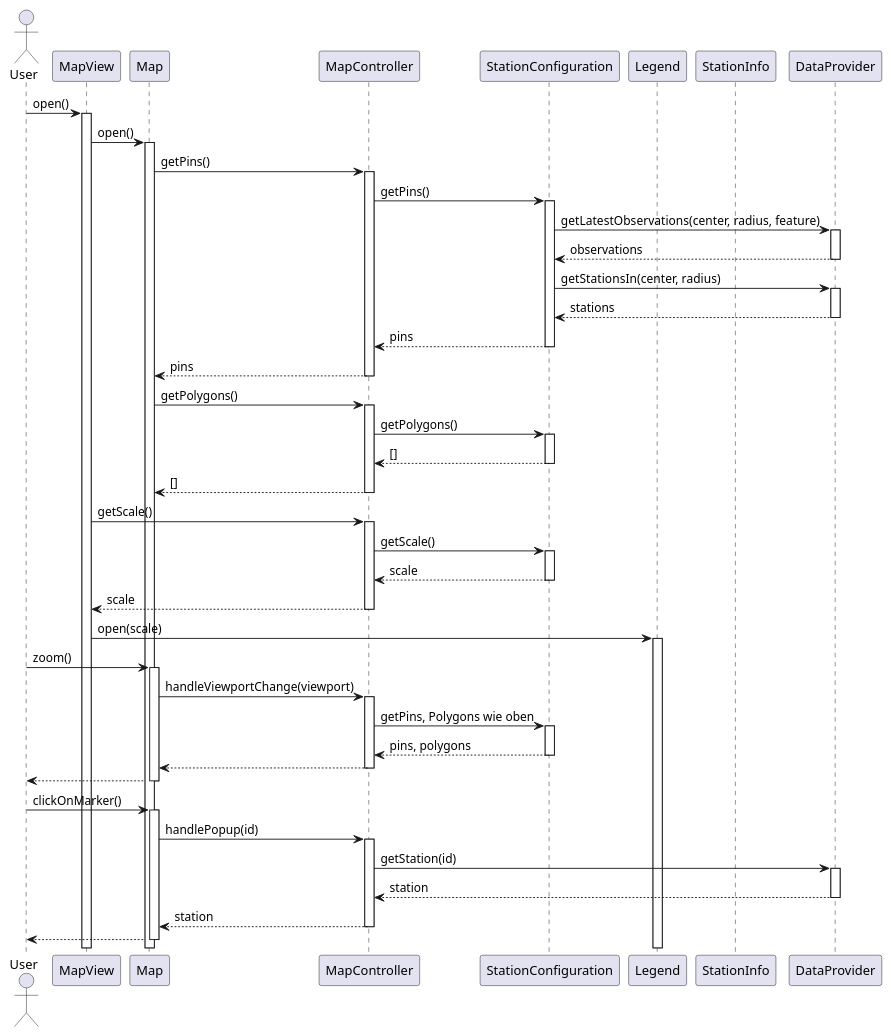
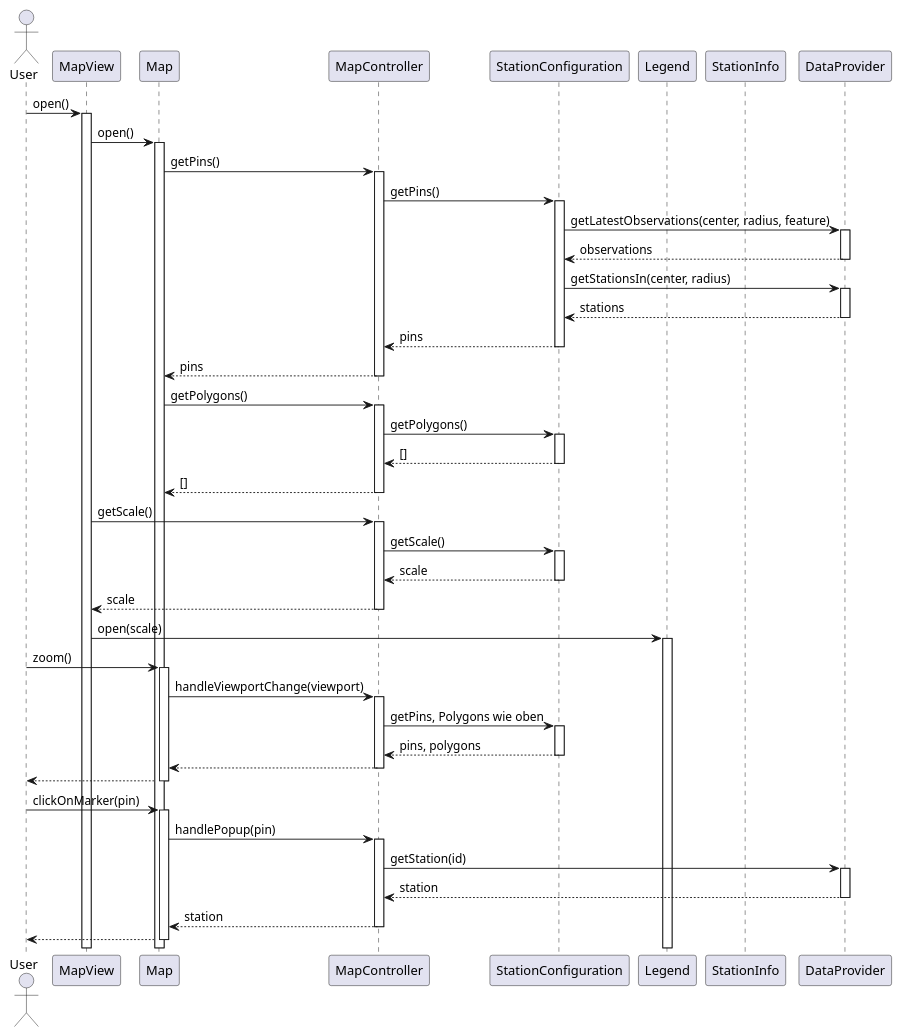
One commit to JonaEnz/pse-airquality-1 changed the diagram in Entwurf/PlantUML/MapPageTest.puml. Above: the diagram before and after it, drawn with PlantUML. The commit also changed 3 other files, not shown here.

```diff
--- a/Entwurf/PlantUML/MapPageTest.puml
+++ b/Entwurf/PlantUML/MapPageTest.puml
@@ -1,47 +1,47 @@
 @startuml MapPageTest
 
 actor User
 participant MapView
 participant Map
 participant MapController
 participant StationConfiguration
 participant Legend 
 participant StationInfo
 participant DataProvider
 
 User -> MapView ++ : open()
 MapView -> Map ++ : open()
 Map -> MapController ++ : getPins()
 MapController -> StationConfiguration ++ : getPins()
 StationConfiguration -> DataProvider ++ : getLatestObservations(center, radius, feature)
 return observations
 StationConfiguration -> DataProvider ++ : getStationsIn(center, radius)
 return stations
 return pins
 return pins
 Map -> MapController ++ : getPolygons()
 MapController -> StationConfiguration ++ : getPolygons()
 return []
 return []
 MapView -> MapController ++ : getScale()
 MapController -> StationConfiguration ++ : getScale()
 return scale
 return scale
 MapView -> Legend ++ : open(scale)
 
 'Nutzer zoomt'
 User -> Map ++ : zoom()
 Map -> MapController ++ : handleViewportChange(viewport)
 MapController -> StationConfiguration ++ : getPins, Polygons wie oben
 return pins, polygons
 return 
 return
 
 'Nutzer wählt Station'
-User -> Map ++ : clickOnMarker()
-Map -> MapController ++ : handlePopup(id)
+User -> Map ++ : clickOnMarker(pin)
+Map -> MapController ++ : handlePopup(pin)
 MapController -> DataProvider ++ : getStation(id)
 return station
 return station
 return
 @enduml
```
